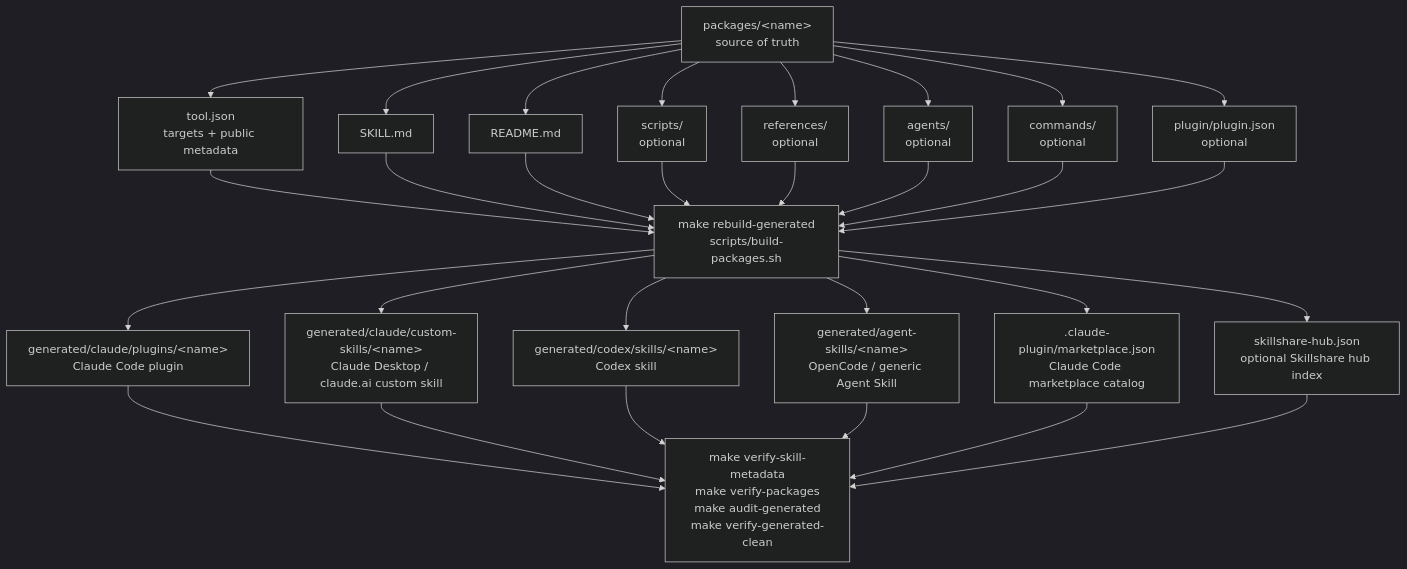
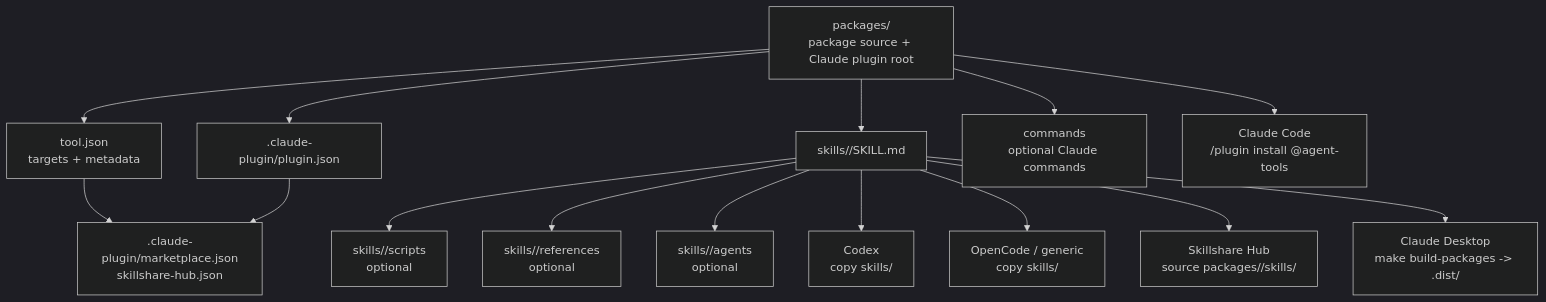
The diagram in docs/distribution-targets.md (heyNag/charms), drawn with Mermaid (dark theme) before and after one commit. The commit also changed other lines of this file and 185 other files, not shown here.

Commit message:
Adopt source-only skill package layout

````diff
--- a/docs/distribution-targets.md
+++ b/docs/distribution-targets.md
@@ -36,34 +8,18 @@
 ```mermaid
 flowchart TD
-  P["packages/&lt;name&gt;<br/>source of truth"] --> T["tool.json<br/>targets + public metadata"]
-  P --> S["SKILL.md"]
-  P --> R["README.md"]
-  P --> H["scripts/<br/>optional"]
-  P --> F["references/<br/>optional"]
-  P --> A["agents/<br/>optional"]
-  P --> C["commands/<br/>optional"]
-  P --> M["plugin/plugin.json<br/>optional"]
+  P["packages/<name><br/>package source + Claude plugin root"] --> T["tool.json<br/>targets + metadata"]
+  P --> C[".claude-plugin/plugin.json"]
+  P --> S["skills/<name>/SKILL.md"]
+  S --> H["skills/<name>/scripts<br/>optional"]
+  S --> R["skills/<name>/references<br/>optional"]
+  S --> A["skills/<name>/agents<br/>optional"]
+  P --> CMD["commands<br/>optional Claude commands"]
 
-  T --> B["make rebuild-generated<br/>scripts/build-packages.sh"]
-  S --> B
-  R --> B
-  H --> B
-  F --> B
-  A --> B
-  C --> B
-  M --> B
-
-  B --> CC["generated/claude/plugins/&lt;name&gt;<br/>Claude Code plugin"]
-  B --> CD["generated/claude/custom-skills/&lt;name&gt;<br/>Claude Desktop / claude.ai custom skill"]
-  B --> CX["generated/codex/skills/&lt;name&gt;<br/>Codex skill"]
-  B --> AG["generated/agent-skills/&lt;name&gt;<br/>OpenCode / generic Agent Skill"]
-  B --> MP[".claude-plugin/marketplace.json<br/>Claude Code marketplace catalog"]
-  B --> SH["skillshare-hub.json<br/>optional Skillshare hub index"]
-
-  CC --> V["make verify-skill-metadata<br/>make verify-packages<br/>make audit-generated<br/>make verify-generated-clean"]
-  CD --> V
-  CX --> V
-  AG --> V
-  MP --> V
-  SH --> V
+  P --> CC["Claude Code<br/>/plugin install <name>@agent-tools"]
+  S --> CX["Codex<br/>copy skills/<name>"]
+  S --> OC["OpenCode / generic<br/>copy skills/<name>"]
+  S --> SH["Skillshare Hub<br/>source packages/<name>/skills/<name>"]
+  S --> DIST["Claude Desktop<br/>make build-packages -> .dist/"]
+  T --> IDX[".claude-plugin/marketplace.json<br/>skillshare-hub.json"]
+  C --> IDX
 ```
````
